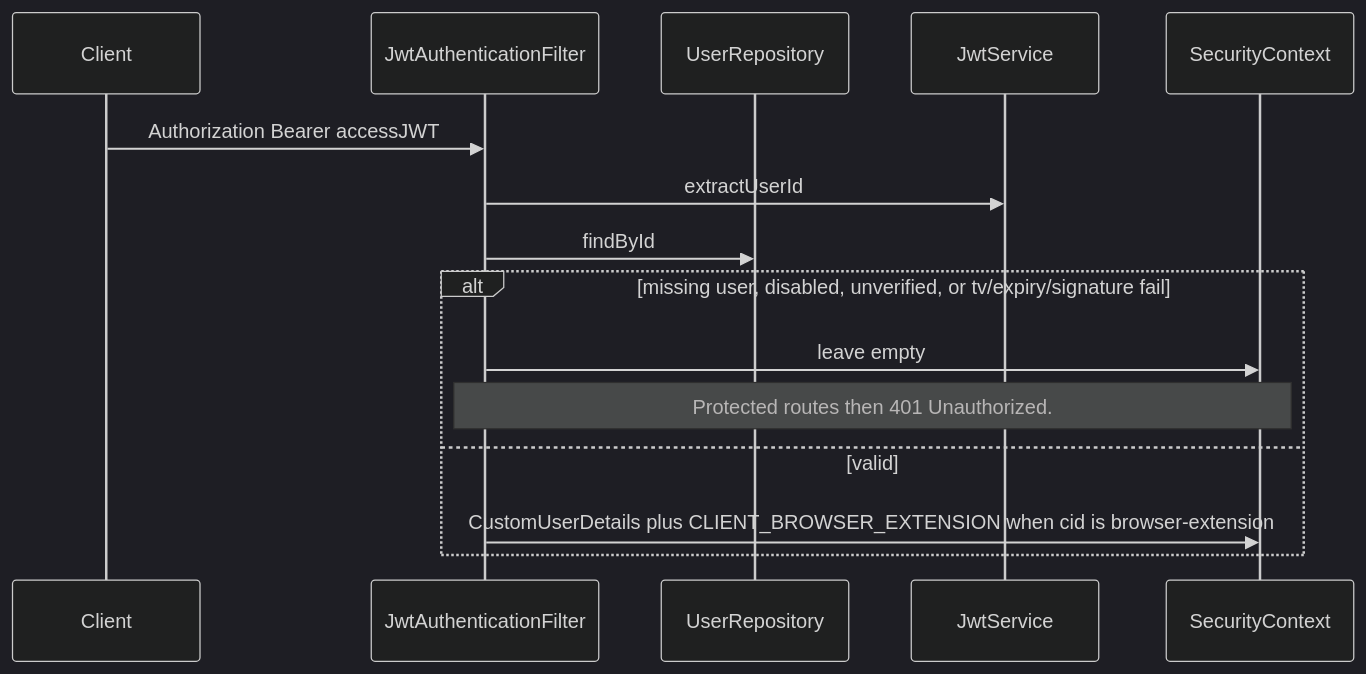
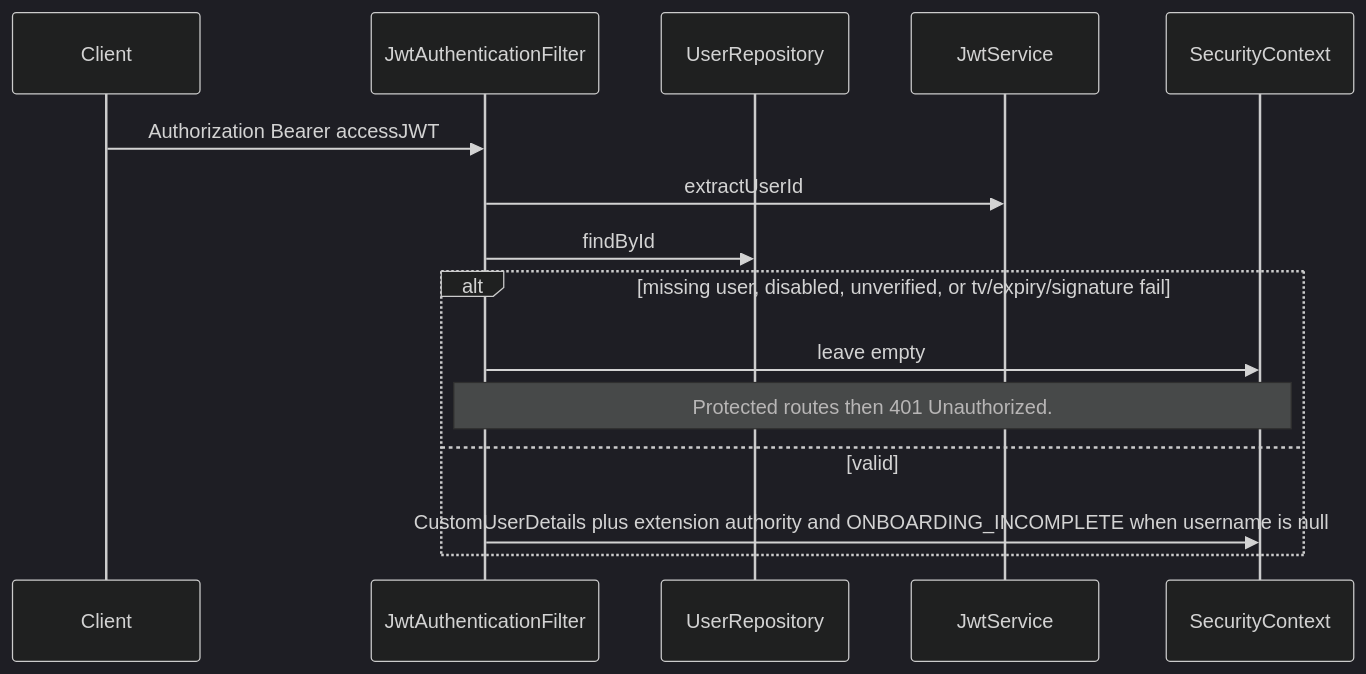
One commit to Venkata-Nageswara-Bhadri78/CodePilot changed the ninth of 10 diagrams in src/main/java/com/developer/copilot/auth/docs/FLOW.md. Above: the diagram before and after it, drawn with Mermaid (dark theme). The commit also changed other lines of this file and 66 other files, not shown here.

````diff
--- a/src/main/java/com/developer/copilot/auth/docs/FLOW.md
+++ b/src/main/java/com/developer/copilot/auth/docs/FLOW.md
@@ -182,17 +214,17 @@
 ```mermaid
 sequenceDiagram
     participant C as Client
     participant F as JwtAuthenticationFilter
     participant U as UserRepository
     participant J as JwtService
     participant S as SecurityContext
     C->>F: Authorization Bearer accessJWT
     F->>J: extractUserId
     F->>U: findById
     alt missing user, disabled, unverified, or tv/expiry/signature fail
         F->>S: leave empty
         Note over F,S: Protected routes then 401 Unauthorized.
     else valid
-        F->>S: CustomUserDetails plus CLIENT_BROWSER_EXTENSION when cid is browser-extension
+        F->>S: CustomUserDetails plus extension authority and ONBOARDING_INCOMPLETE when username is null
     end
 ```
````
